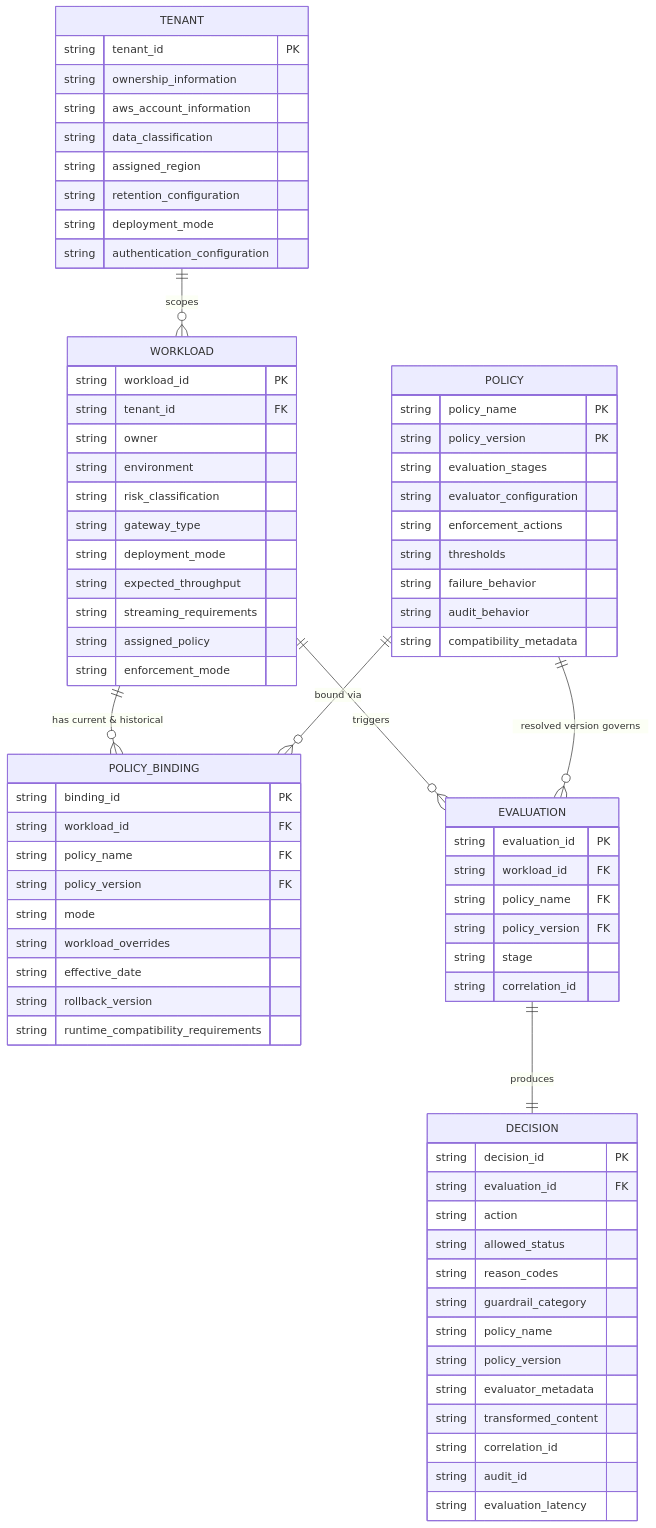
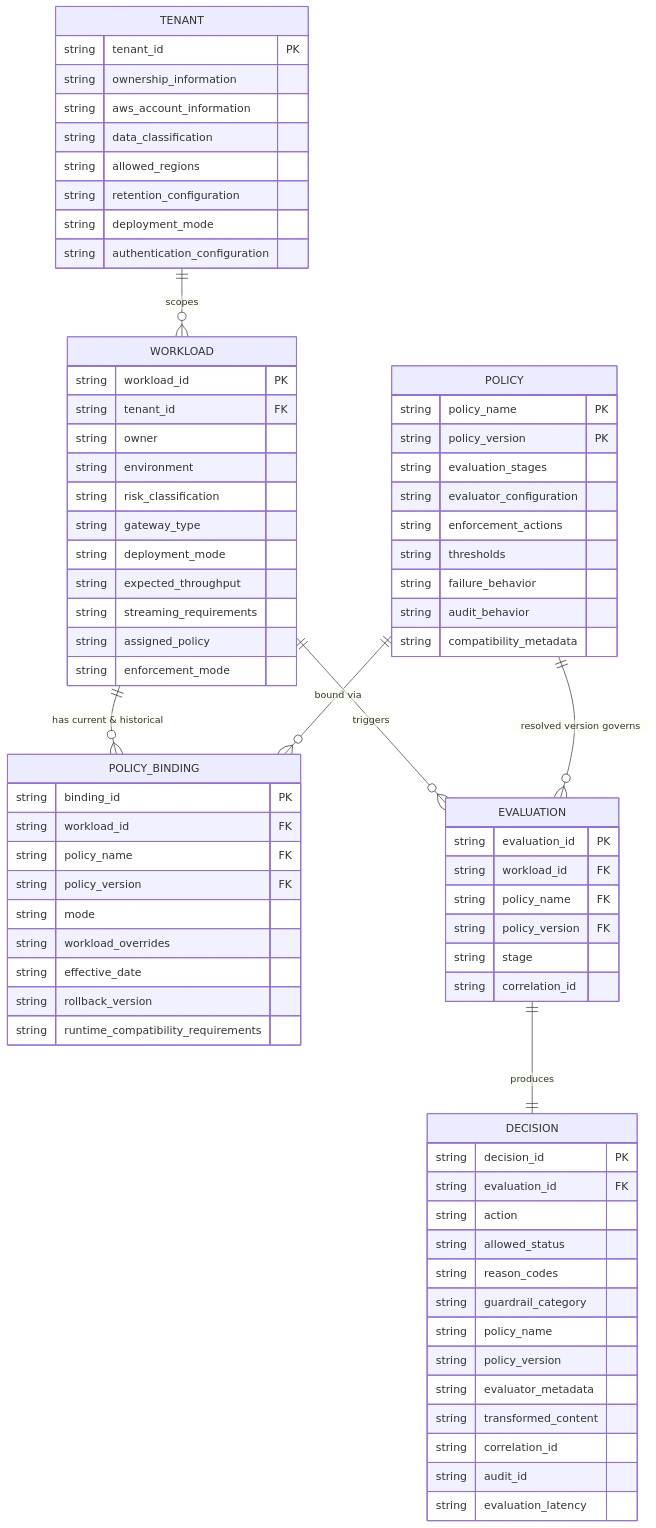
One commit to veglezMX/guardrails changed the diagram in solution-docs/50-architecture/DATA-ARCHITECTURE.md. Above: the diagram before and after it, drawn with Mermaid. The commit also changed other lines of this file and 10 other files, not shown here.

````diff
--- a/solution-docs/50-architecture/DATA-ARCHITECTURE.md
+++ b/solution-docs/50-architecture/DATA-ARCHITECTURE.md
@@ -178,78 +178,78 @@
 ```mermaid
 erDiagram
     TENANT ||--o{ WORKLOAD : "scopes"
     WORKLOAD ||--o{ POLICY_BINDING : "has current & historical"
     POLICY ||--o{ POLICY_BINDING : "bound via"
     WORKLOAD ||--o{ EVALUATION : "triggers"
     POLICY ||--o{ EVALUATION : "resolved version governs"
     EVALUATION ||--|| DECISION : "produces"
 
     TENANT {
         string tenant_id PK
         string ownership_information
         string aws_account_information
         string data_classification
-        string assigned_region
+        string allowed_regions
         string retention_configuration
         string deployment_mode
         string authentication_configuration
     }
     WORKLOAD {
         string workload_id PK
         string tenant_id FK
         string owner
         string environment
         string risk_classification
         string gateway_type
         string deployment_mode
         string expected_throughput
         string streaming_requirements
         string assigned_policy
         string enforcement_mode
     }
     POLICY {
         string policy_name PK
         string policy_version PK
         string evaluation_stages
         string evaluator_configuration
         string enforcement_actions
         string thresholds
         string failure_behavior
         string audit_behavior
         string compatibility_metadata
     }
     POLICY_BINDING {
         string binding_id PK
         string workload_id FK
         string policy_name FK
         string policy_version FK
         string mode
         string workload_overrides
         string effective_date
         string rollback_version
         string runtime_compatibility_requirements
     }
     EVALUATION {
         string evaluation_id PK
         string workload_id FK
         string policy_name FK
         string policy_version FK
         string stage
         string correlation_id
     }
     DECISION {
         string decision_id PK
         string evaluation_id FK
         string action
         string allowed_status
         string reason_codes
         string guardrail_category
         string policy_name
         string policy_version
         string evaluator_metadata
         string transformed_content
         string correlation_id
         string audit_id
         string evaluation_latency
     }
 ```
````
